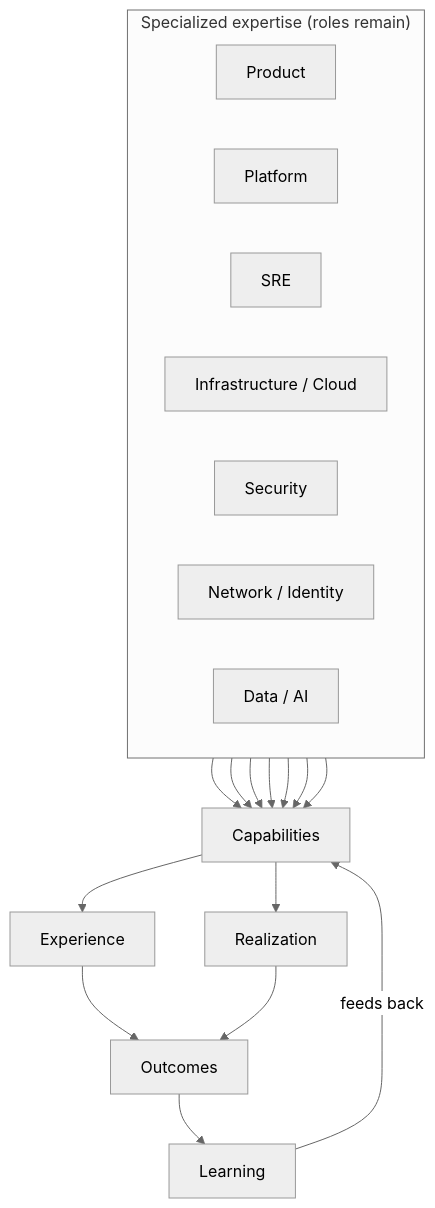
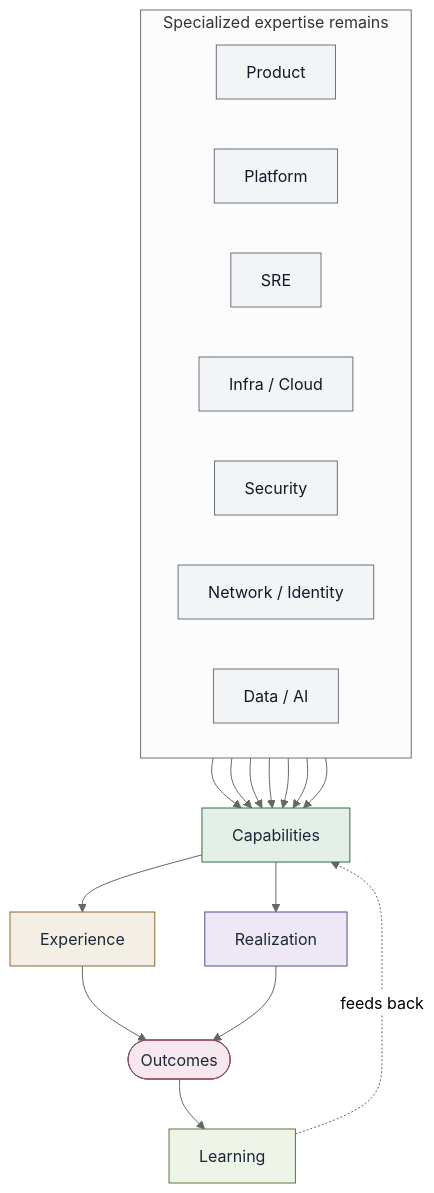
Before and after one commit to opsdevcode/convergence: the diagram in diagrams/converged-engineering-model.md, drawn with Mermaid (neutral theme). The commit also changed other lines of this file and 25 other files, not shown here.

First line of the commit message:
docs: improve mermaid diagrams and page layout

````diff
--- a/diagrams/converged-engineering-model.md
+++ b/diagrams/converged-engineering-model.md
@@ -9,33 +6,40 @@
 ```mermaid
 flowchart TB
-  subgraph specialties["Specialized expertise (roles remain)"]
+  subgraph specialties["Specialized expertise remains"]
     direction LR
-    Product["Product"]
-    Platform["Platform"]
-    SRE["SRE"]
-    Infra["Infrastructure / Cloud"]
-    Sec["Security"]
-    Net["Network / Identity"]
-    DataAI["Data / AI"]
+    Product["Product"]:::team
+    Platform["Platform"]:::team
+    SRE["SRE"]:::team
+    Infra["Infra / Cloud"]:::team
+    Sec["Security"]:::team
+    Net["Network / Identity"]:::team
+    DataAI["Data / AI"]:::team
   end
 
-  Caps["Capabilities"]
-  Exp["Experience"]
-  Real["Realization"]
-  Out["Outcomes"]
-  Learn["Learning"]
+  Caps["Capabilities"]:::cap
+  Exp["Experience"]:::exp
+  Real["Realization"]:::real
+  Out(["Outcomes"]):::out
+  Learn["Learning"]:::learn
 
   Product --> Caps
   Platform --> Caps
   SRE --> Caps
   Infra --> Caps
   Sec --> Caps
   Net --> Caps
   DataAI --> Caps
   Caps --> Exp
   Caps --> Real
   Exp --> Out
   Real --> Out
   Out --> Learn
-  Learn -->|"feeds back"| Caps
+  Learn -.->|feeds back| Caps
+
+  classDef team fill:#F3F4F6,stroke:#6B7280,color:#111827
+  classDef cap fill:#E4EFE7,stroke:#2F6F4E,color:#1B2838
+  classDef exp fill:#F4EFE4,stroke:#8A6A2F,color:#1B2838
+  classDef real fill:#EEE8F6,stroke:#5B4B8A,color:#1B2838
+  classDef out fill:#F6E8EE,stroke:#8A4B63,color:#1B2838
+  classDef learn fill:#EEF4E8,stroke:#5A7A3A,color:#1B2838
 ```
````
